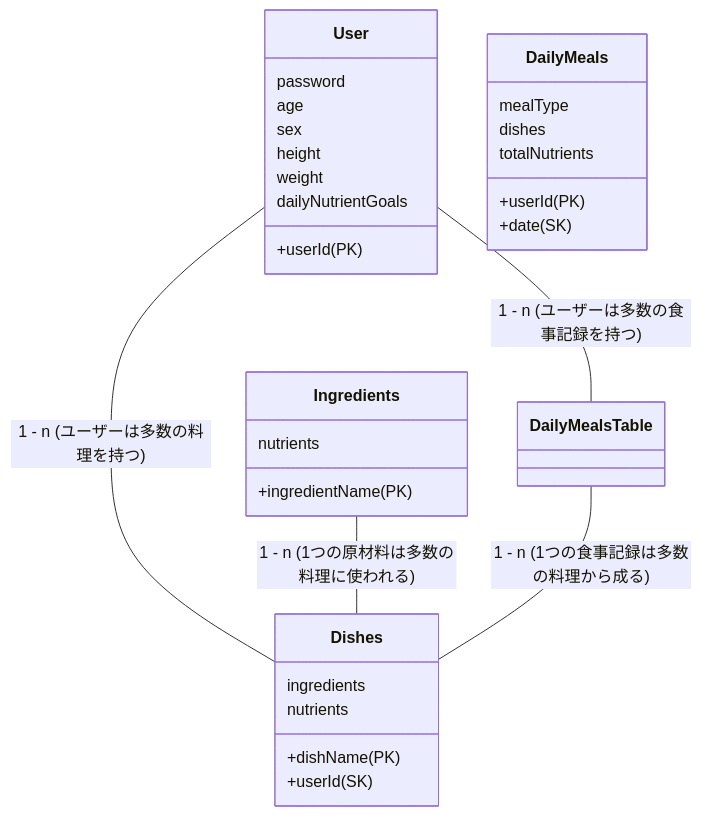
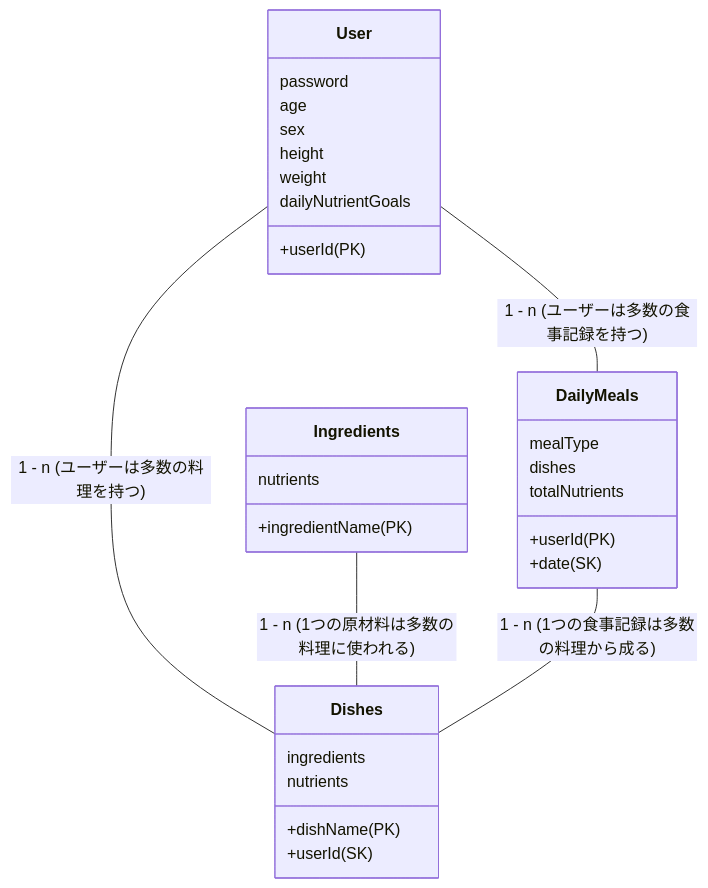
Before and after one commit to taichi-126/mti-inter: the diagram in README.md, drawn with Mermaid.

````diff
--- a/README.md
+++ b/README.md
@@ -7,38 +7,38 @@
 ```mermaid
 classDiagram
-    User -- DailyMealsTable : 1 - n (ユーザーは多数の食事記録を持つ)
+    User -- DailyMeals : 1 - n (ユーザーは多数の食事記録を持つ)
     User -- Dishes : 1 - n (ユーザーは多数の料理を持つ)
     Ingredients -- Dishes : 1 - n (1つの原材料は多数の料理に使われる)
-    DailyMealsTable -- Dishes : 1 - n (1つの食事記録は多数の料理から成る)
+    DailyMeals -- Dishes : 1 - n (1つの食事記録は多数の料理から成る)
 
     class User {
         +userId (PK)
         password
         age
         sex
         height
 　　　　　　　　　　　　　　　　weight
         dailyNutrientGoals
     }
 
     class Dishes {
         +dishName (PK)
         +userId (SK)
         ingredients
         nutrients
     }
 
     class DailyMeals {
         +userId (PK)
         +date (SK)
         mealType
         dishes
         totalNutrients
     }
 
     class Ingredients {
         +ingredientName (PK)
         nutrients
     }
 
 ```
````
